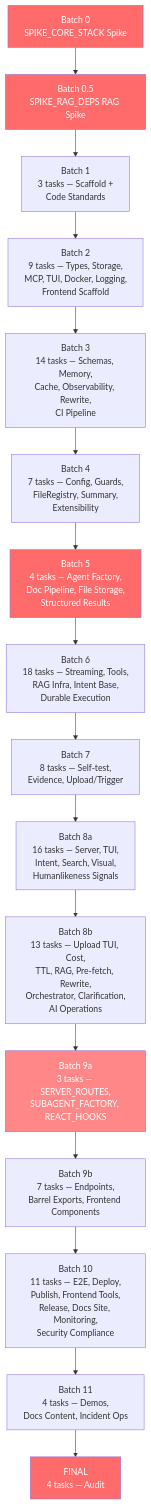
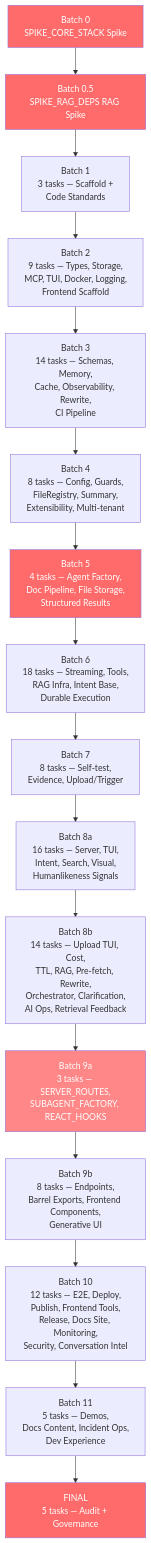
Before and after one commit to 1qh/safeagent: the fourth of 10 diagrams in plan/execution.md, drawn with Mermaid. The commit also changed other lines of this file and 9 other files, not shown here.

````diff
--- a/plan/execution.md
+++ b/plan/execution.md
@@ -472,27 +471,27 @@
 ```mermaid
 graph TB
     BATCH_SPIKE["Batch 0<br/>SPIKE_CORE_STACK Spike"]
     BATCH_RAG_SPIKE["Batch 0.5<br/>SPIKE_RAG_DEPS RAG Spike"]
     BATCH_SCAFFOLD["Batch 1<br/>3 tasks — Scaffold +<br/>Code Standards"]
     BATCH_TYPES_STORAGE["Batch 2<br/>9 tasks — Types, Storage,<br/>MCP, TUI, Docker, Logging,<br/>Frontend Scaffold"]
     BATCH_SCHEMAS_MEMORY["Batch 3<br/>14 tasks — Schemas, Memory,<br/>Cache, Observability, Rewrite,<br/>CI Pipeline"]
-    BATCH_CONFIG_GUARDS["Batch 4<br/>7 tasks — Config, Guards,<br/>FileRegistry, Summary,<br/>Extensibility"]
+    BATCH_CONFIG_GUARDS["Batch 4<br/>8 tasks — Config, Guards,<br/>FileRegistry, Summary,<br/>Extensibility, Multi-tenant"]
     BATCH_AGENT_DOCS["Batch 5<br/>4 tasks — Agent Factory,<br/>Doc Pipeline, File Storage,<br/>Structured Results"]
     BATCH_STREAMING_TOOLS["Batch 6<br/>18 tasks — Streaming, Tools,<br/>RAG Infra, Intent Base,<br/>Durable Execution"]
     BATCH_EVIDENCE_UPLOAD["Batch 7<br/>8 tasks — Self-test,<br/>Evidence, Upload/Trigger"]
     BATCH_SERVER_TUI["Batch 8a<br/>16 tasks — Server, TUI,<br/>Intent, Search, Visual,<br/>Humanlikeness Signals"]
-    BATCH_UPLOAD_COST["Batch 8b<br/>13 tasks — Upload TUI, Cost,<br/>TTL, RAG, Pre-fetch, Rewrite,<br/>Orchestrator, Clarification,<br/>AI Operations"]
+    BATCH_UPLOAD_COST["Batch 8b<br/>14 tasks — Upload TUI, Cost,<br/>TTL, RAG, Pre-fetch, Rewrite,<br/>Orchestrator, Clarification,<br/>AI Ops, Retrieval Feedback"]
     BATCH_ROUTES_SUBAGENT["Batch 9a<br/>3 tasks — SERVER_ROUTES,<br/>SUBAGENT_FACTORY, REACT_HOOKS"]
-    BATCH_ENDPOINTS["Batch 9b<br/>7 tasks — Endpoints,<br/>Barrel Exports, Frontend Components"]
-    BATCH_END_TO_END_DEPLOY["Batch 10<br/>11 tasks — E2E, Deploy,<br/>Publish, Frontend Tools,<br/>Release, Docs Site, Monitoring,<br/>Security Compliance"]
-    BATCH_FRONTEND_DEMOS["Batch 11<br/>4 tasks — Demos,<br/>Docs Content, Incident Ops"]
-    BATCH_FINAL_AUDIT["FINAL<br/>4 tasks — Audit"]
+    BATCH_ENDPOINTS["Batch 9b<br/>8 tasks — Endpoints,<br/>Barrel Exports, Frontend Components,<br/>Generative UI"]
+    BATCH_END_TO_END_DEPLOY["Batch 10<br/>12 tasks — E2E, Deploy,<br/>Publish, Frontend Tools,<br/>Release, Docs Site, Monitoring,<br/>Security, Conversation Intel"]
+    BATCH_FRONTEND_DEMOS["Batch 11<br/>5 tasks — Demos,<br/>Docs Content, Incident Ops,<br/>Dev Experience"]
+    BATCH_FINAL_AUDIT["FINAL<br/>5 tasks — Audit + Governance"]
 
     BATCH_SPIKE --> BATCH_RAG_SPIKE --> BATCH_SCAFFOLD --> BATCH_TYPES_STORAGE --> BATCH_SCHEMAS_MEMORY --> BATCH_CONFIG_GUARDS --> BATCH_AGENT_DOCS --> BATCH_STREAMING_TOOLS --> BATCH_EVIDENCE_UPLOAD --> BATCH_SERVER_TUI --> BATCH_UPLOAD_COST --> BATCH_ROUTES_SUBAGENT --> BATCH_ENDPOINTS --> BATCH_END_TO_END_DEPLOY --> BATCH_FRONTEND_DEMOS --> BATCH_FINAL_AUDIT
 
     style BATCH_SPIKE fill:#ff6b6b,color:white
     style BATCH_RAG_SPIKE fill:#ff6b6b,color:white
     style BATCH_AGENT_DOCS fill:#ff6b6b,color:white
     style BATCH_ROUTES_SUBAGENT fill:#ff8787,color:white
     style BATCH_FINAL_AUDIT fill:#ff6b6b,color:white
 ```
````
